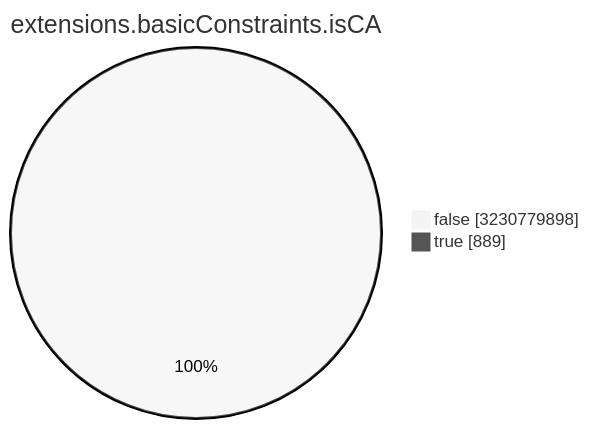
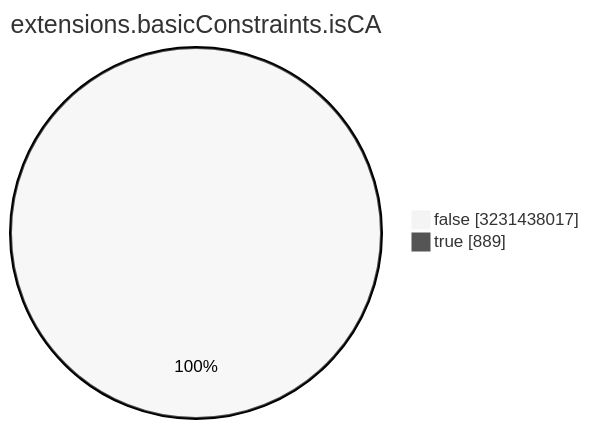
The seventh of 15 diagrams in TOTAL/README.md (christiankrug/ctmonitor_visualization), drawn with Mermaid (neutral theme) before and after one commit. The commit also changed other lines of this file, not shown here.

````diff
--- a/TOTAL/README.md
+++ b/TOTAL/README.md
@@ -3088,6 +3088,6 @@
 ```mermaid
 pie showData
 title extensions.basicConstraints.isCA
-"false" :3230779898
+"false" :3231438017
 "true" :889
 ```
````
